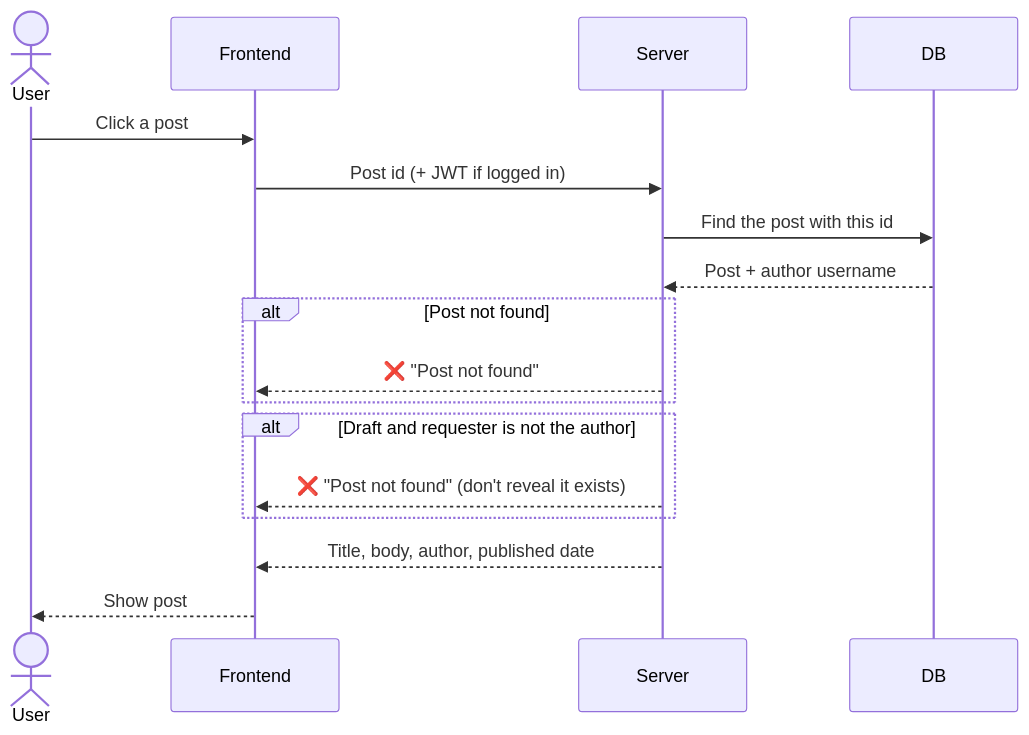
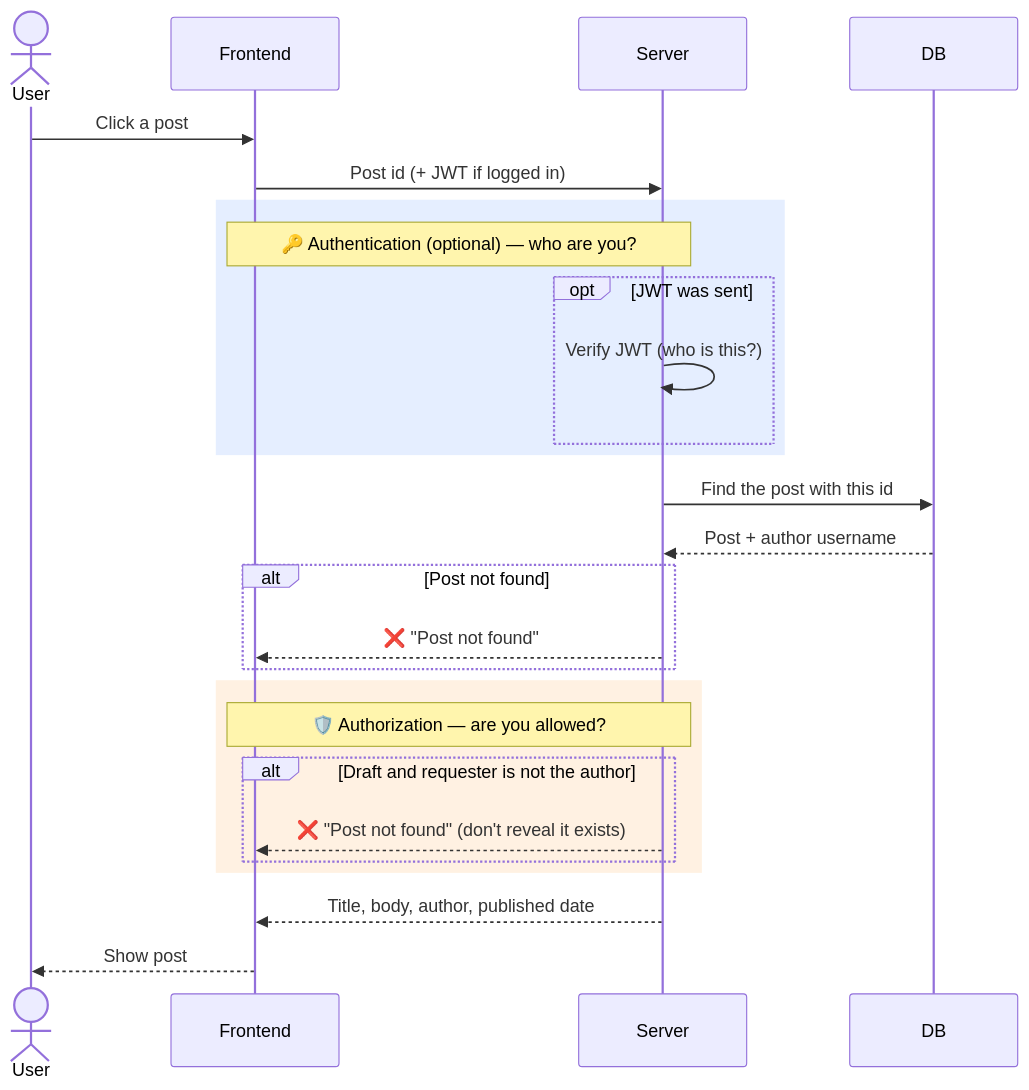
Before and after one commit to yhan0704/blogBackend: the fifth of 8 diagrams in docs/sequence-diagrams/post.md, drawn with Mermaid. The commit also changed other lines of this file and 1 other file, not shown here.

Commit message:
docs: mark authentication and authorization in post diagrams

````diff
--- a/docs/sequence-diagrams/post.md
+++ b/docs/sequence-diagrams/post.md
@@ -136,20 +159,29 @@
 ```mermaid
 sequenceDiagram
     actor User
     participant Frontend
     participant Server
     participant DB
 
     User->>Frontend: Click a post
     Frontend->>Server: Post id (+ JWT if logged in)
+    rect rgba(80, 140, 255, 0.15)
+        Note over Frontend,Server: 🔑 Authentication (optional) — who are you?
+        opt JWT was sent
+            Server->>Server: Verify JWT (who is this?)
+        end
+    end
     Server->>DB: Find the post with this id
     DB-->>Server: Post + author username
     alt Post not found
         Server-->>Frontend: ❌ "Post not found"
     end
-    alt Draft and requester is not the author
-        Server-->>Frontend: ❌ "Post not found" (don't reveal it exists)
+    rect rgba(255, 160, 60, 0.15)
+        Note over Frontend,Server: 🛡️ Authorization — are you allowed?
+        alt Draft and requester is not the author
+            Server-->>Frontend: ❌ "Post not found" (don't reveal it exists)
+        end
     end
     Server-->>Frontend: Title, body, author, published date
     Frontend-->>User: Show post
 ```
````
